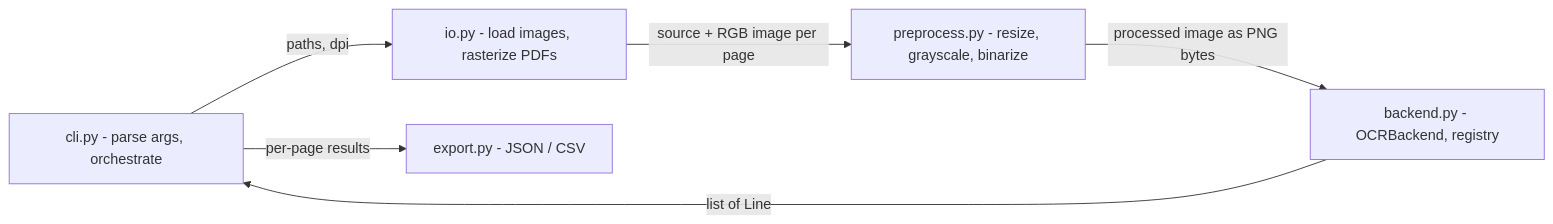
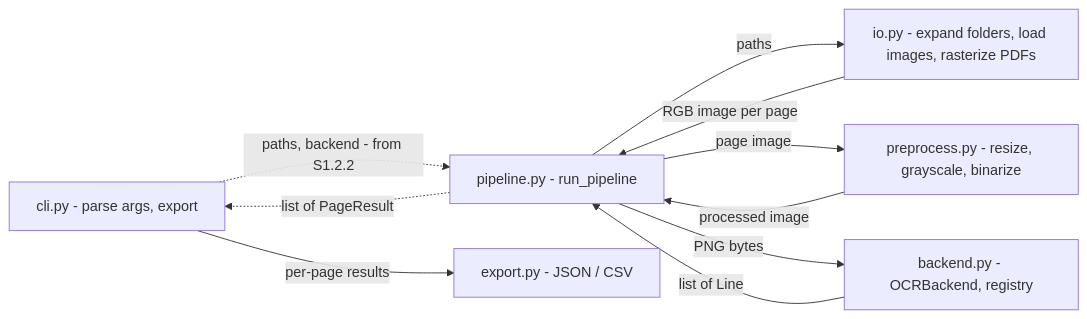
Before and after one commit to flegaspi700/ocr-pipeline: the second of 2 diagrams in docs/02-architecture.md, drawn with Mermaid. The commit also changed other lines of this file and 7 other files, not shown here.

First line of the commit message:
feat: add run_pipeline with skip-and-report (S1.1.5)

````diff
--- a/docs/02-architecture.md
+++ b/docs/02-architecture.md
@@ -54,14 +57,19 @@
 ```mermaid
 flowchart LR
-    cli["cli.py - parse args, orchestrate"]
-    io["io.py - load images, rasterize PDFs"]
+    cli["cli.py - parse args, export"]
+    pipe["pipeline.py - run_pipeline"]
+    io["io.py - expand folders, load images, rasterize PDFs"]
     pre["preprocess.py - resize, grayscale, binarize"]
     be["backend.py - OCRBackend, registry"]
     ex["export.py - JSON / CSV"]
 
-    cli -- "paths, dpi" --> io
-    io -- "source + RGB image per page" --> pre
-    pre -- "processed image as PNG bytes" --> be
-    be -- "list of Line" --> cli
+    cli -. "paths, backend - from S1.2.2" .-> pipe
+    pipe -- "paths" --> io
+    io -- "RGB image per page" --> pipe
+    pipe -- "page image" --> pre
+    pre -- "processed image" --> pipe
+    pipe -- "PNG bytes" --> be
+    be -- "list of Line" --> pipe
+    pipe -. "list of PageResult" .-> cli
     cli -- "per-page results" --> ex
 ```
````
